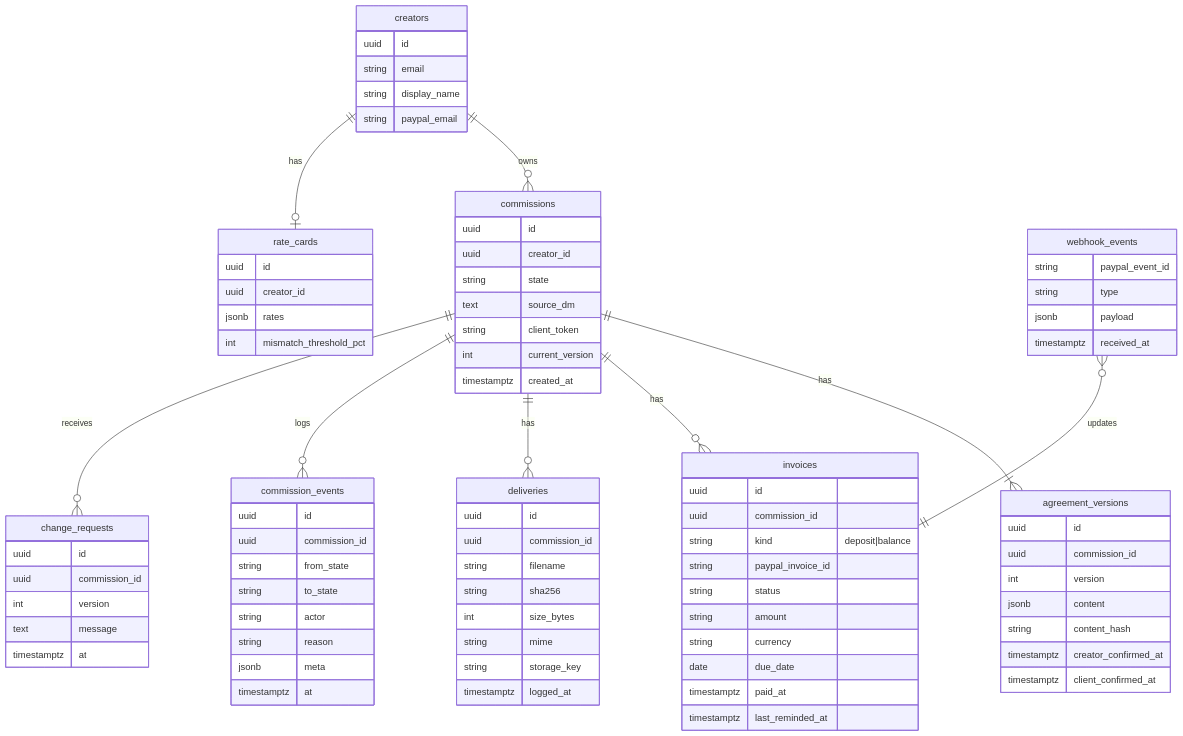
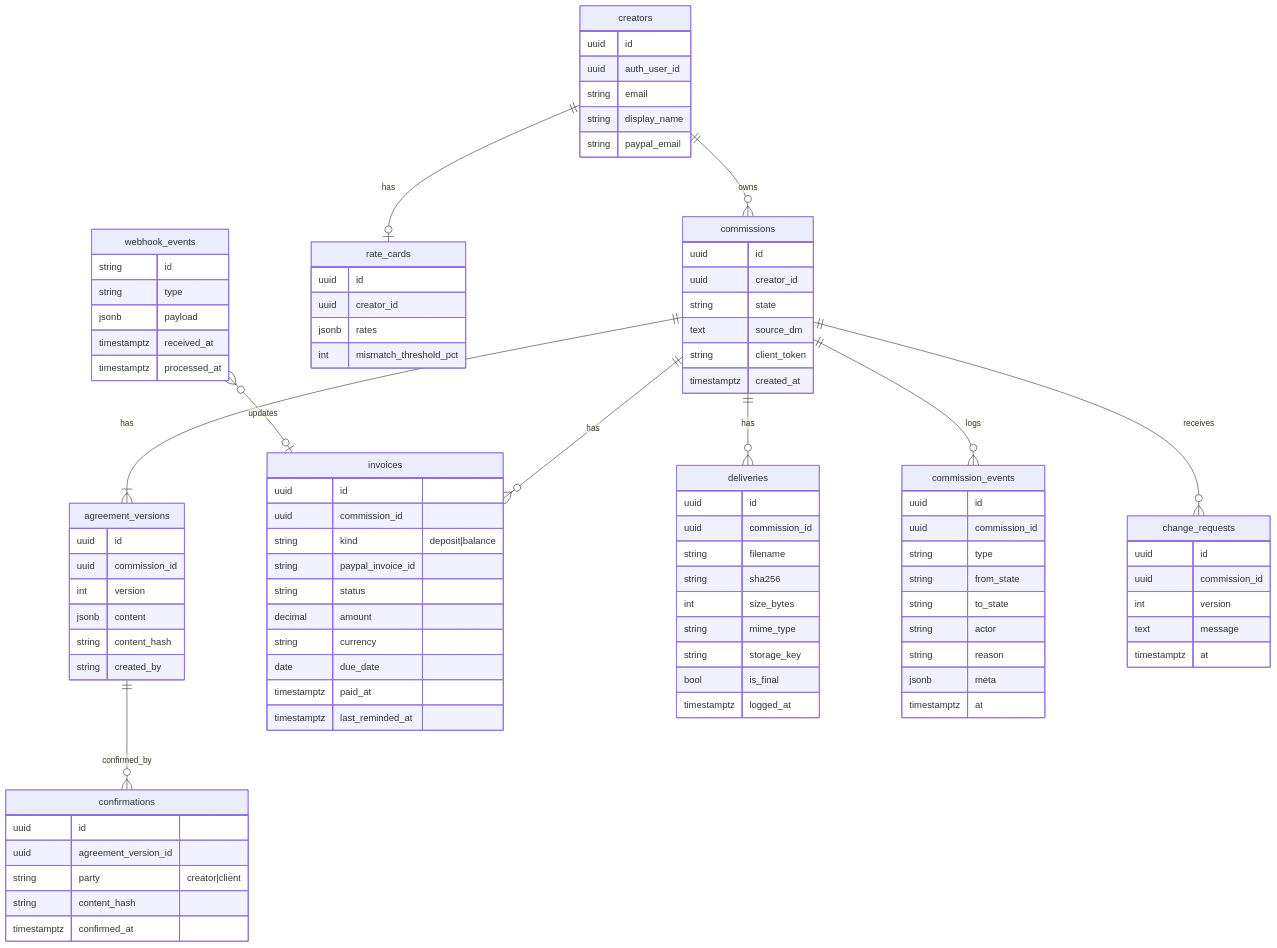
Before and after one commit to srios000/dmpact: the third of 5 diagrams in docs/architecture.md, drawn with Mermaid. The commit also changed other lines of this file and 14 other files, not shown here.

First line of the commit message:
feat: add database schema, initial migration and content hash (#55)

````diff
--- a/docs/architecture.md
+++ b/docs/architecture.md
@@ -123,21 +123,23 @@
 ```mermaid
 erDiagram
   creators ||--o{ commissions : owns
   creators ||--o| rate_cards : has
   commissions ||--|{ agreement_versions : has
+  agreement_versions ||--o{ confirmations : confirmed_by
   commissions ||--o{ invoices : has
   commissions ||--o{ deliveries : has
   commissions ||--o{ commission_events : logs
   commissions ||--o{ change_requests : receives
-  webhook_events }o--|| invoices : updates
+  webhook_events }o--o| invoices : updates
 
-  creators { uuid id  string email  string display_name  string paypal_email }
-  commissions { uuid id  uuid creator_id  string state  text source_dm  string client_token  int current_version  timestamptz created_at }
-  agreement_versions { uuid id  uuid commission_id  int version  jsonb content  string content_hash  timestamptz creator_confirmed_at  timestamptz client_confirmed_at }
-  invoices { uuid id  uuid commission_id  string kind "deposit|balance"  string paypal_invoice_id  string status  string amount  string currency  date due_date  timestamptz paid_at  timestamptz last_reminded_at }
-  deliveries { uuid id  uuid commission_id  string filename  string sha256  int size_bytes  string mime  string storage_key  timestamptz logged_at }
-  commission_events { uuid id  uuid commission_id  string from_state  string to_state  string actor  string reason  jsonb meta  timestamptz at }
+  creators { uuid id  uuid auth_user_id  string email  string display_name  string paypal_email }
+  commissions { uuid id  uuid creator_id  string state  text source_dm  string client_token  timestamptz created_at }
+  agreement_versions { uuid id  uuid commission_id  int version  jsonb content  string content_hash  string created_by }
+  confirmations { uuid id  uuid agreement_version_id  string party "creator|client"  string content_hash  timestamptz confirmed_at }
+  invoices { uuid id  uuid commission_id  string kind "deposit|balance"  string paypal_invoice_id  string status  decimal amount  string currency  date due_date  timestamptz paid_at  timestamptz last_reminded_at }
+  deliveries { uuid id  uuid commission_id  string filename  string sha256  int size_bytes  string mime_type  string storage_key  bool is_final  timestamptz logged_at }
+  commission_events { uuid id  uuid commission_id  string type  string from_state  string to_state  string actor  string reason  jsonb meta  timestamptz at }
   change_requests { uuid id  uuid commission_id  int version  text message  timestamptz at }
   rate_cards { uuid id  uuid creator_id  jsonb rates  int mismatch_threshold_pct }
-  webhook_events { string paypal_event_id  string type  jsonb payload  timestamptz received_at }
+  webhook_events { string id  string type  jsonb payload  timestamptz received_at  timestamptz processed_at }
 ```
````
